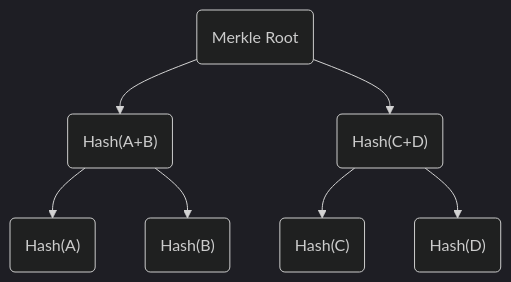
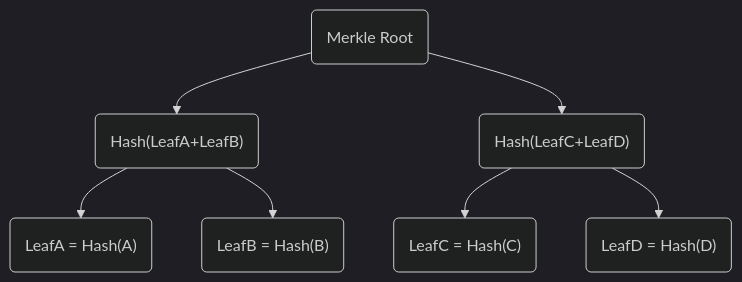
The diagram in pages/plutarch_merkle_tree.mdx (Anastasia-Labs/production-grade-dapps), drawn with Mermaid (dark theme) before and after one commit.

Commit message:
docs: update merkle tree docs

````diff
--- a/pages/plutarch_merkle_tree.mdx
+++ b/pages/plutarch_merkle_tree.mdx
@@ -38,17 +38,17 @@
 ```mermaid
 graph TD;
     MR("Merkle Root")
-    HAB("Hash(A+B)")
-    HCD("Hash(C+D)")
-    HA("Hash(A)")
-    HB("Hash(B)")
-    HC("Hash(C)")
-    HD("Hash(D)")
+    HAB("Hash(LeafA+LeafB)")
+    HCD("Hash(LeafC+LeafD)")
+    HA("LeafA = Hash(A)")
+    HB("LeafB = Hash(B)")
+    HC("LeafC = Hash(C)")
+    HD("LeafD = Hash(D)")
 
     MR --> HAB
     MR --> HCD
     HAB --> HA
     HAB --> HB
     HCD --> HC
     HCD --> HD
 ```
````
